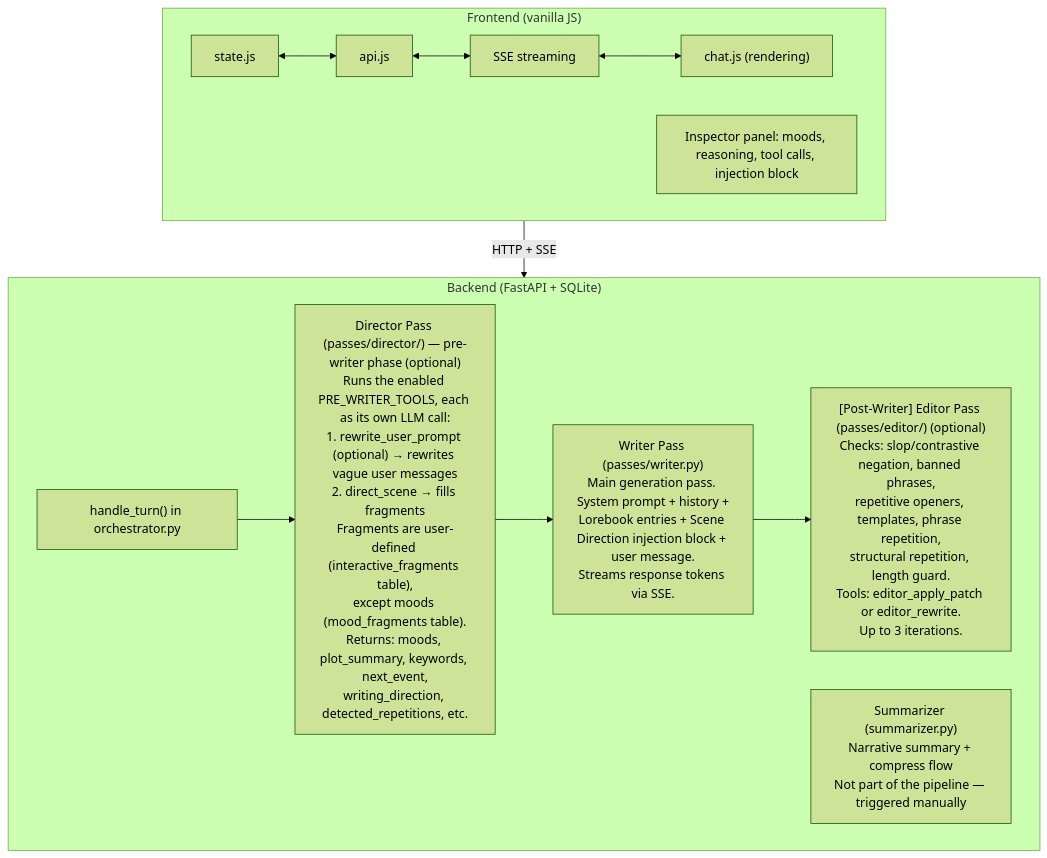
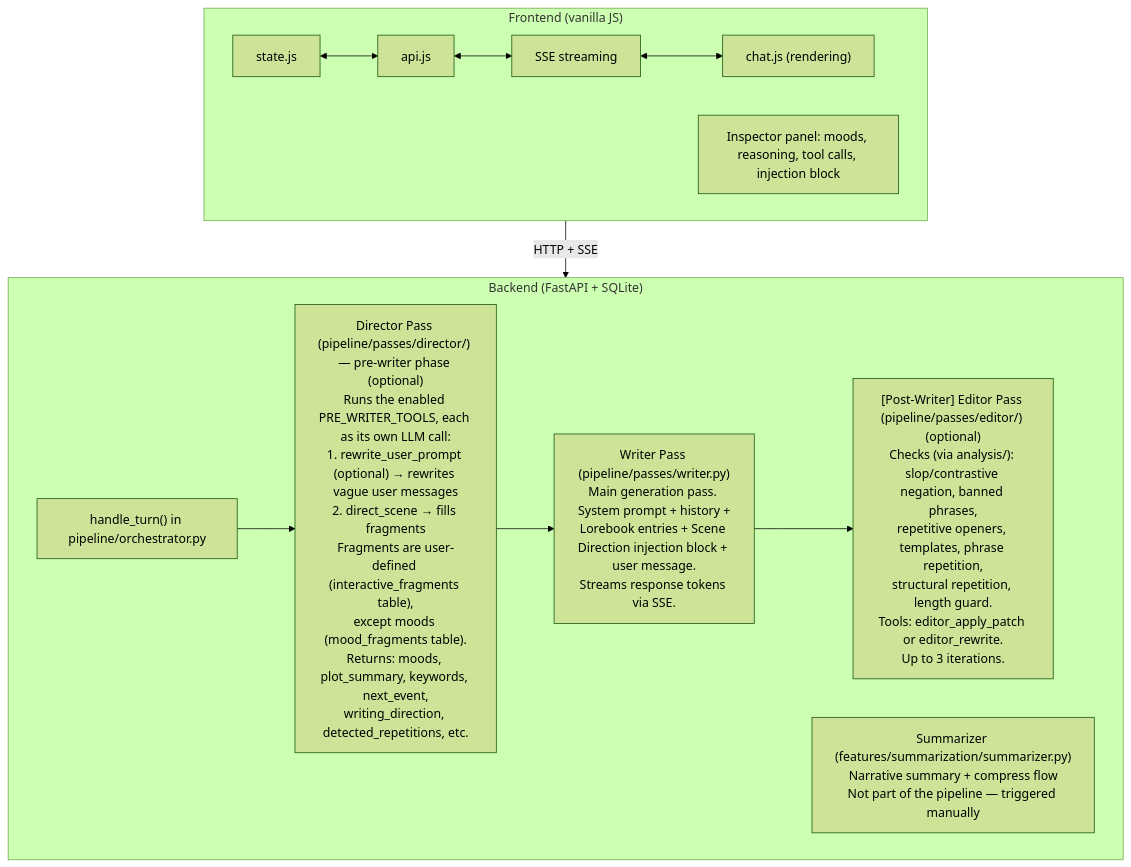
The first of 4 diagrams in AGENTS.md (OrbFrontend/Orb), drawn with Mermaid (forest theme) before and after one commit. The commit also changed other lines of this file and 18 other files, not shown here.

````diff
--- a/AGENTS.md
+++ b/AGENTS.md
@@ -17,22 +17,22 @@
 ```mermaid
 graph TD
     subgraph Frontend ["Frontend (vanilla JS)"]
         state["state.js"] <--> api["api.js"]
         api <--> sse["SSE streaming"]
         sse <--> chat["chat.js (rendering)"]
         inspector["Inspector panel: moods, reasoning, tool calls, injection block"]
     end
 
     subgraph Backend ["Backend (FastAPI + SQLite)"]
-        orch["handle_turn() in orchestrator.py"]
+        orch["handle_turn() in pipeline/orchestrator.py"]
 
-        dir["Director Pass (passes/director/) — pre-writer phase (optional)<br/>Runs the enabled PRE_WRITER_TOOLS, each as its own LLM call:<br/>1. rewrite_user_prompt (optional) → rewrites vague user messages<br/>2. direct_scene → fills fragments<br/>Fragments are user-defined (interactive_fragments table),<br/>except moods (mood_fragments table).<br/>Returns: moods, plot_summary, keywords, next_event,<br/>writing_direction, detected_repetitions, etc."]
-        writer["Writer Pass (passes/writer.py)<br/>Main generation pass. System prompt + history +<br/>Lorebook entries + Scene Direction injection block + user message.<br/>Streams response tokens via SSE."]
-        editor["[Post-Writer] Editor Pass (passes/editor/) (optional)<br/>Checks: slop/contrastive negation, banned phrases,<br/>repetitive openers, templates, phrase repetition,<br/>structural repetition, length guard.<br/>Tools: editor_apply_patch or editor_rewrite.<br/>Up to 3 iterations."]
-        summarizer["Summarizer (summarizer.py)<br/>Narrative summary + compress flow<br/>Not part of the pipeline — triggered manually"]
+        dir["Director Pass (pipeline/passes/director/) — pre-writer phase (optional)<br/>Runs the enabled PRE_WRITER_TOOLS, each as its own LLM call:<br/>1. rewrite_user_prompt (optional) → rewrites vague user messages<br/>2. direct_scene → fills fragments<br/>Fragments are user-defined (interactive_fragments table),<br/>except moods (mood_fragments table).<br/>Returns: moods, plot_summary, keywords, next_event,<br/>writing_direction, detected_repetitions, etc."]
+        writer["Writer Pass (pipeline/passes/writer.py)<br/>Main generation pass. System prompt + history +<br/>Lorebook entries + Scene Direction injection block + user message.<br/>Streams response tokens via SSE."]
+        editor["[Post-Writer] Editor Pass (pipeline/passes/editor/) (optional)<br/>Checks (via analysis/): slop/contrastive negation, banned phrases,<br/>repetitive openers, templates, phrase repetition,<br/>structural repetition, length guard.<br/>Tools: editor_apply_patch or editor_rewrite.<br/>Up to 3 iterations."]
+        summarizer["Summarizer (features/summarization/summarizer.py)<br/>Narrative summary + compress flow<br/>Not part of the pipeline — triggered manually"]
 
         orch --> dir --> writer --> editor
     end
 
     Frontend -- "HTTP + SSE" --> Backend
 ```
````
